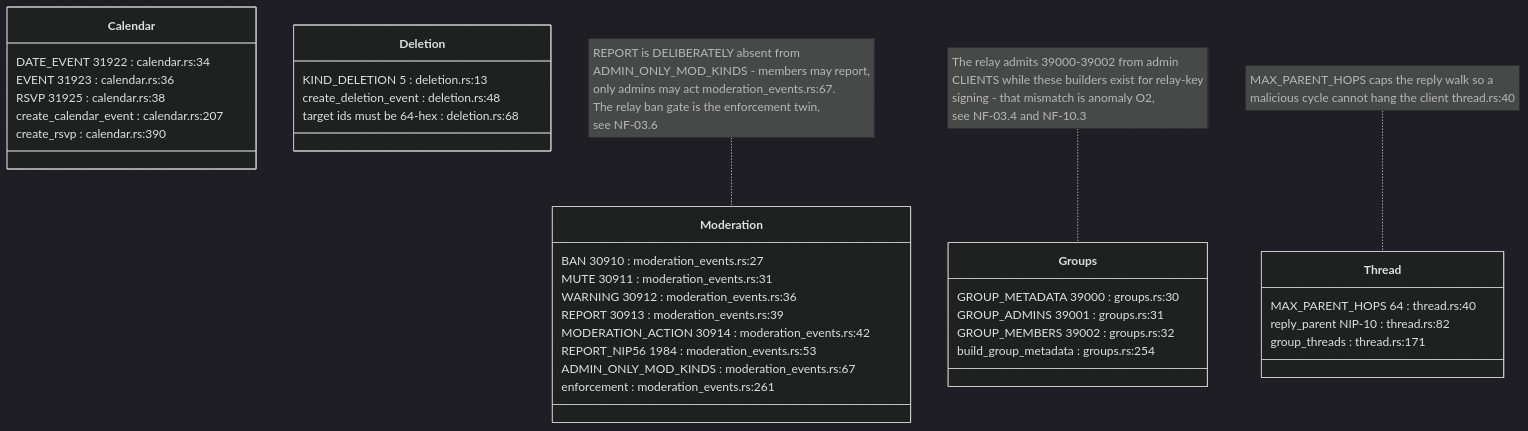
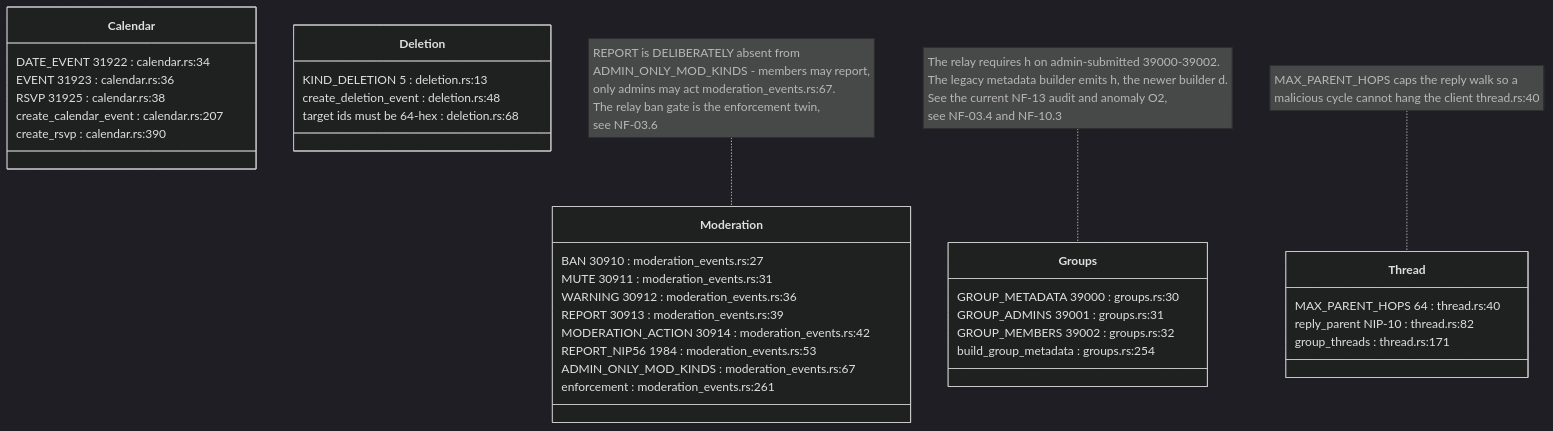
Before and after one commit to DreamLab-AI/VisionFlow: the sixth of 10 diagrams in docs/diagrams/nostr-rust-forum/12-core-wire-crypto-and-federation-envelope.md, drawn with Mermaid (dark theme). The commit also changed other lines of this file and 33 other files, not shown here.

````diff
--- a/docs/diagrams/nostr-rust-forum/12-core-wire-crypto-and-federation-envelope.md
+++ b/docs/diagrams/nostr-rust-forum/12-core-wire-crypto-and-federation-envelope.md
@@ -202,40 +202,40 @@
 ```mermaid
 classDiagram
     class Moderation {
         BAN 30910 : moderation_events.rs:27
         MUTE 30911 : moderation_events.rs:31
         WARNING 30912 : moderation_events.rs:36
         REPORT 30913 : moderation_events.rs:39
         MODERATION_ACTION 30914 : moderation_events.rs:42
         REPORT_NIP56 1984 : moderation_events.rs:53
         ADMIN_ONLY_MOD_KINDS : moderation_events.rs:67
         enforcement : moderation_events.rs:261
     }
     class Calendar {
         DATE_EVENT 31922 : calendar.rs:34
         EVENT 31923 : calendar.rs:36
         RSVP 31925 : calendar.rs:38
         create_calendar_event : calendar.rs:207
         create_rsvp : calendar.rs:390
     }
     class Groups {
         GROUP_METADATA 39000 : groups.rs:30
         GROUP_ADMINS 39001 : groups.rs:31
         GROUP_MEMBERS 39002 : groups.rs:32
         build_group_metadata : groups.rs:254
     }
     class Deletion {
         KIND_DELETION 5 : deletion.rs:13
         create_deletion_event : deletion.rs:48
         target ids must be 64-hex : deletion.rs:68
     }
     class Thread {
         MAX_PARENT_HOPS 64 : thread.rs:40
         reply_parent NIP-10 : thread.rs:82
         group_threads : thread.rs:171
     }
 
     note for Moderation "REPORT is DELIBERATELY absent from<br/>ADMIN_ONLY_MOD_KINDS - members may report,<br/>only admins may act moderation_events.rs:67.<br/>The relay ban gate is the enforcement twin,<br/>see NF-03.6"
-    note for Groups "The relay admits 39000-39002 from admin<br/>CLIENTS while these builders exist for relay-key<br/>signing - that mismatch is anomaly O2,<br/>see NF-03.4 and NF-10.3"
+    note for Groups "The relay requires h on admin-submitted 39000-39002.<br/>The legacy metadata builder emits h, the newer builder d.<br/>See the current NF-13 audit and anomaly O2,<br/>see NF-03.4 and NF-10.3"
     note for Thread "MAX_PARENT_HOPS caps the reply walk so a<br/>malicious cycle cannot hang the client thread.rs:40"
 ```
````
